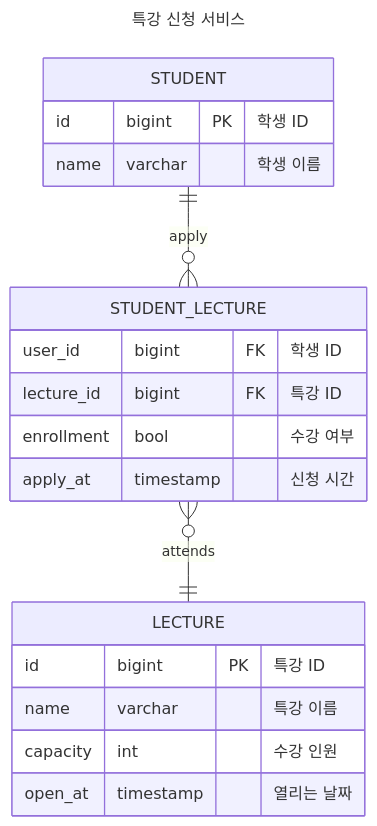
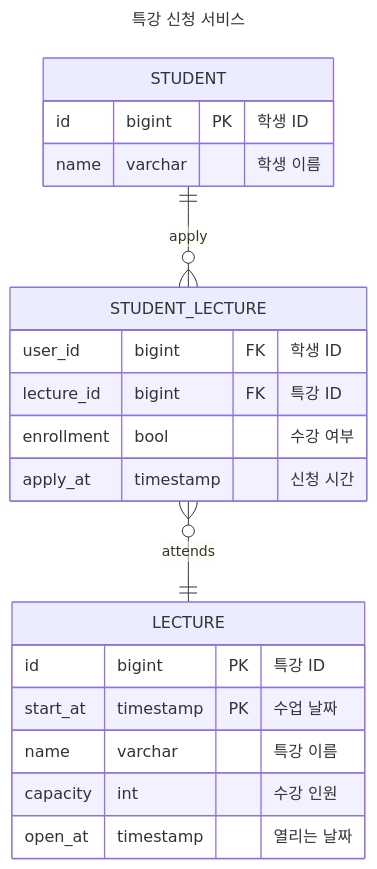
The diagram in README.md (adiospain/hhplus-lecture-apply-service-java), drawn with Mermaid before and after one commit. The commit also changed 6 other files, not shown here.

````diff
--- a/README.md
+++ b/README.md
@@ -19,25 +19,26 @@
 ```mermaid
 ---
 title : 특강 신청 서비스
 ---
 erDiagram
     STUDENT {
         id bigint PK "학생 ID"
         name varchar "학생 이름"
     }
     LECTURE {
         id bigint PK "특강 ID"
+        start_at timestamp PK "수업 날짜"
         name varchar "특강 이름"
         capacity int "수강 인원"
         open_at timestamp "열리는 날짜"
     }
     STUDENT_LECTURE {
         user_id bigint FK "학생 ID"
         lecture_id bigint FK "특강 ID"
         enrollment bool "수강 여부"
         apply_at timestamp "신청 시간"
     }
     
     STUDENT ||--o{ STUDENT_LECTURE : apply
     STUDENT_LECTURE }o--|| LECTURE : attends
 ```
````
